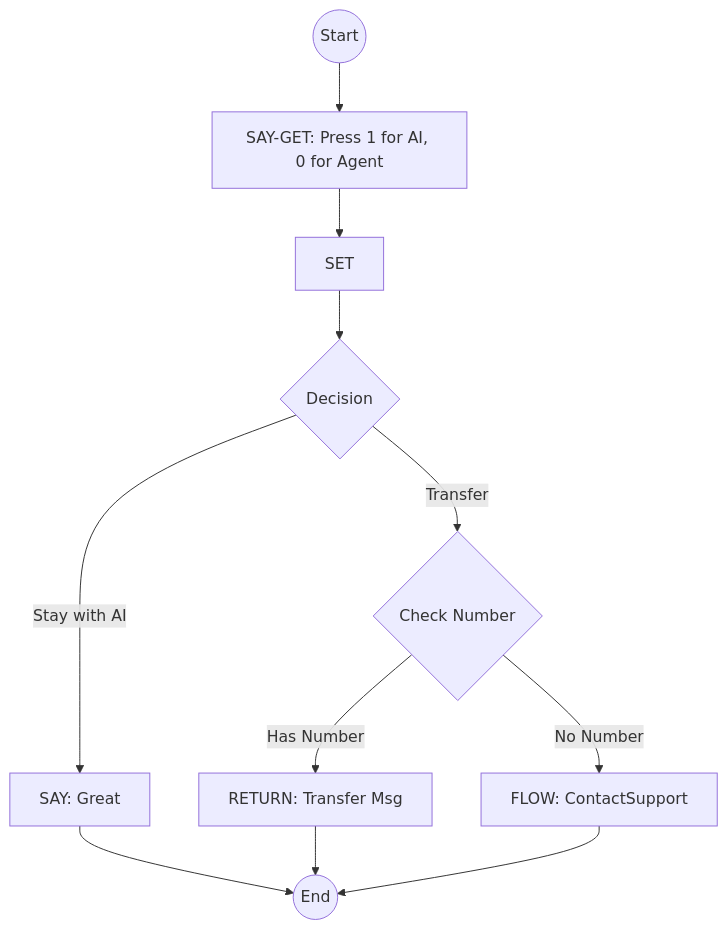
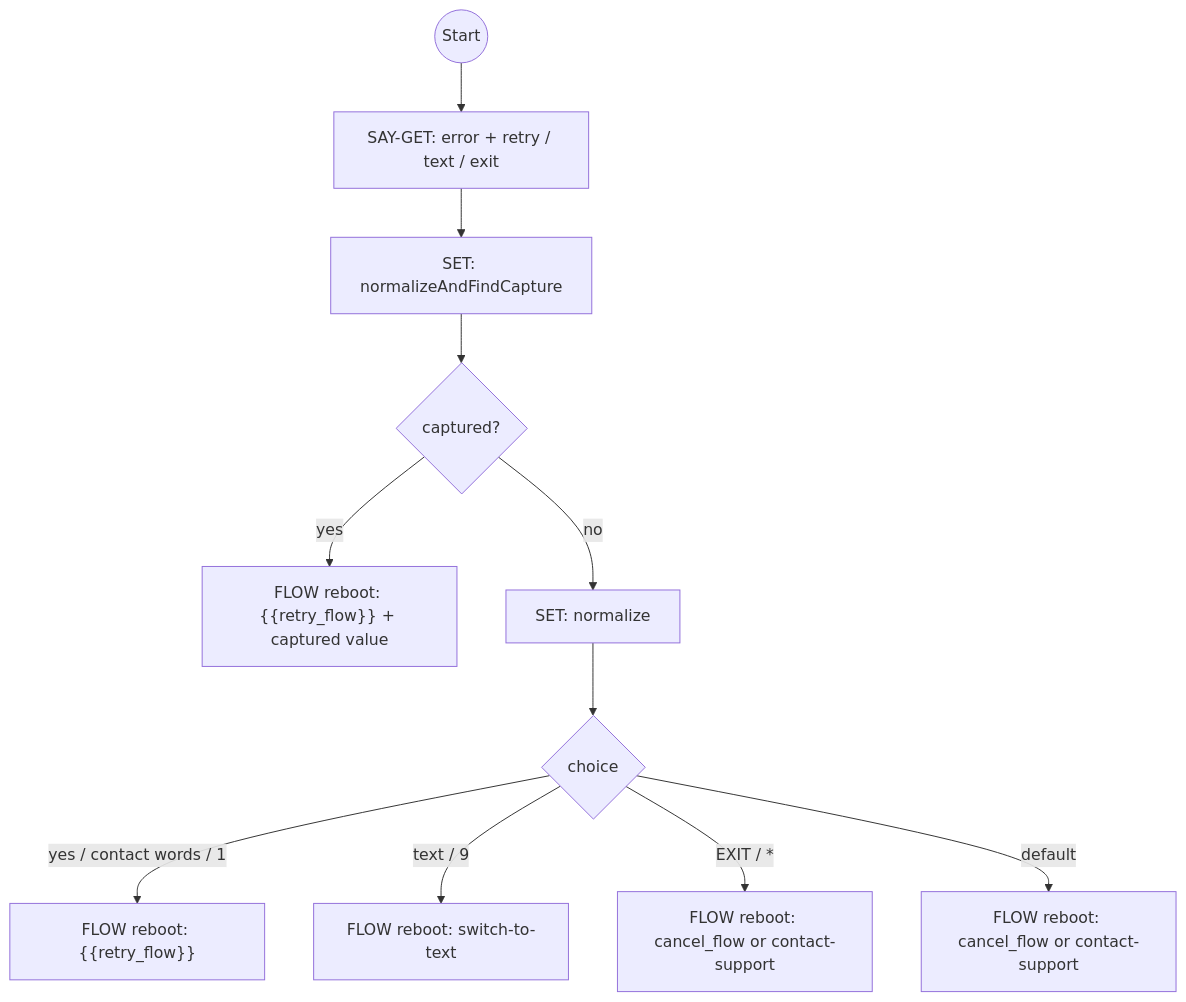
One commit to ronpinkas/jsfe changed the ninth of 11 diagrams in docs/system-flows.md. Above: the diagram before and after it, drawn with Mermaid. The commit also changed other lines of this file and 3 other files, not shown here.

````diff
--- a/docs/system-flows.md
+++ b/docs/system-flows.md
@@ -209,16 +415,13 @@
 ```mermaid
 graph TD
-    start((Start)) --> ask_user_choice[SAY-GET: Press 1 for AI, 0 for Agent]
-    ask_user_choice --> normalize_choice[SET]
-    normalize_choice --> handle_choice{Decision}
-    
-    handle_choice -->|Stay with AI| continue_with_ai[SAY: Great]
-    handle_choice -->|Transfer| transfer_to_agent{Check Number}
-    
-    transfer_to_agent -->|Has Number| confirm_transfer[RETURN: Transfer Msg]
-    transfer_to_agent -->|No Number| no_agents_available[FLOW: ContactSupport]
-    
-    continue_with_ai --> stop((End))
-    confirm_transfer --> stop
-    no_agents_available --> stop
+    start((Start)) --> say_error_and_prompt[SAY-GET: error + retry / text / exit]
+    say_error_and_prompt --> check_smart_capture[SET: normalizeAndFindCapture]
+    check_smart_capture --> handle_smart_capture{captured?}
+    handle_smart_capture -->|yes| reboot_with_captured_value["FLOW reboot: {{retry_flow}} + captured value"]
+    handle_smart_capture -->|no| normalize_choice[SET: normalize]
+    normalize_choice --> handle_choice{choice}
+    handle_choice -->|yes / contact words / 1| do_retry["FLOW reboot: {{retry_flow}}"]
+    handle_choice -->|text / 9| do_switch_text[FLOW reboot: switch-to-text]
+    handle_choice -->|EXIT / *| do_abort["FLOW reboot: cancel_flow or contact-support"]
+    handle_choice -->|default| do_cancel["FLOW reboot: cancel_flow or contact-support"]
 ```
````
